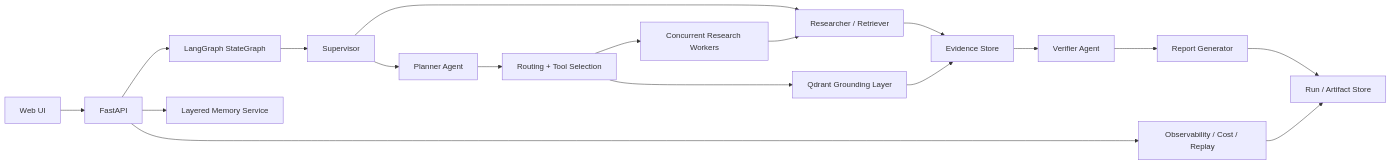
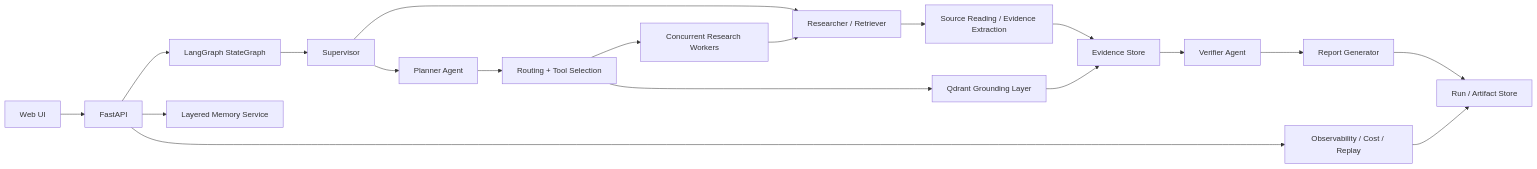
One commit to tangfire/agentic-research-copilot changed the diagram in docs/architecture.md. Above: the diagram before and after it, drawn with Mermaid. The commit also changed other lines of this file and 42 other files, not shown here.

````diff
--- a/docs/architecture.md
+++ b/docs/architecture.md
@@ -15,20 +26,21 @@
 ```mermaid
 flowchart LR
   UI["Web UI"] --> API["FastAPI"]
   API --> Graph["LangGraph StateGraph"]
   Graph --> Supervisor["Supervisor"]
   Supervisor --> Planner["Planner Agent"]
   Supervisor --> Research["Researcher / Retriever"]
   Planner --> Routes["Routing + Tool Selection"]
   Routes --> ParallelResearch["Concurrent Research Workers"]
   ParallelResearch --> Research
+  Research --> Reader["Source Reading / Evidence Extraction"]
   Routes --> Retriever["Qdrant Grounding Layer"]
-  Research --> Evidence["Evidence Store"]
+  Reader --> Evidence["Evidence Store"]
   Retriever --> Evidence
   Evidence --> Verifier["Verifier Agent"]
   Verifier --> Reporter["Report Generator"]
   Reporter --> Storage["Run / Artifact Store"]
   API --> Memory["Layered Memory Service"]
   API --> Obs["Observability / Cost / Replay"]
   Obs --> Storage
 ```
````
